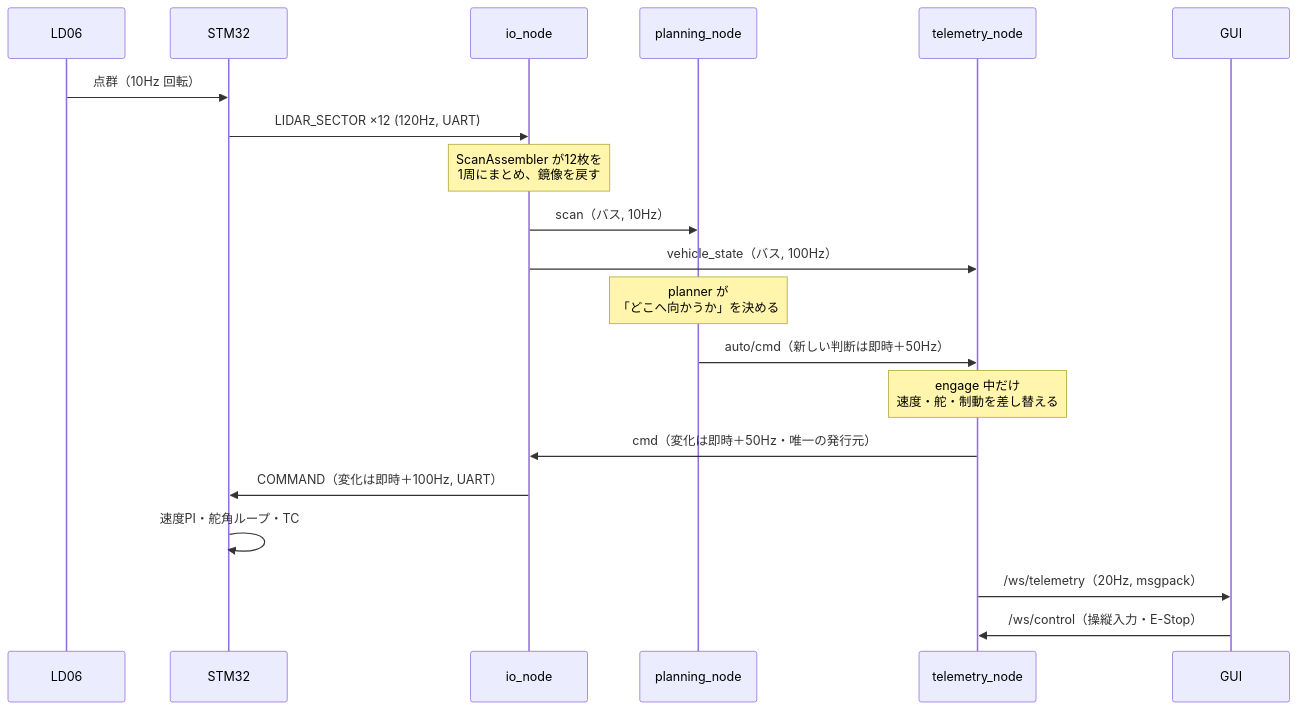
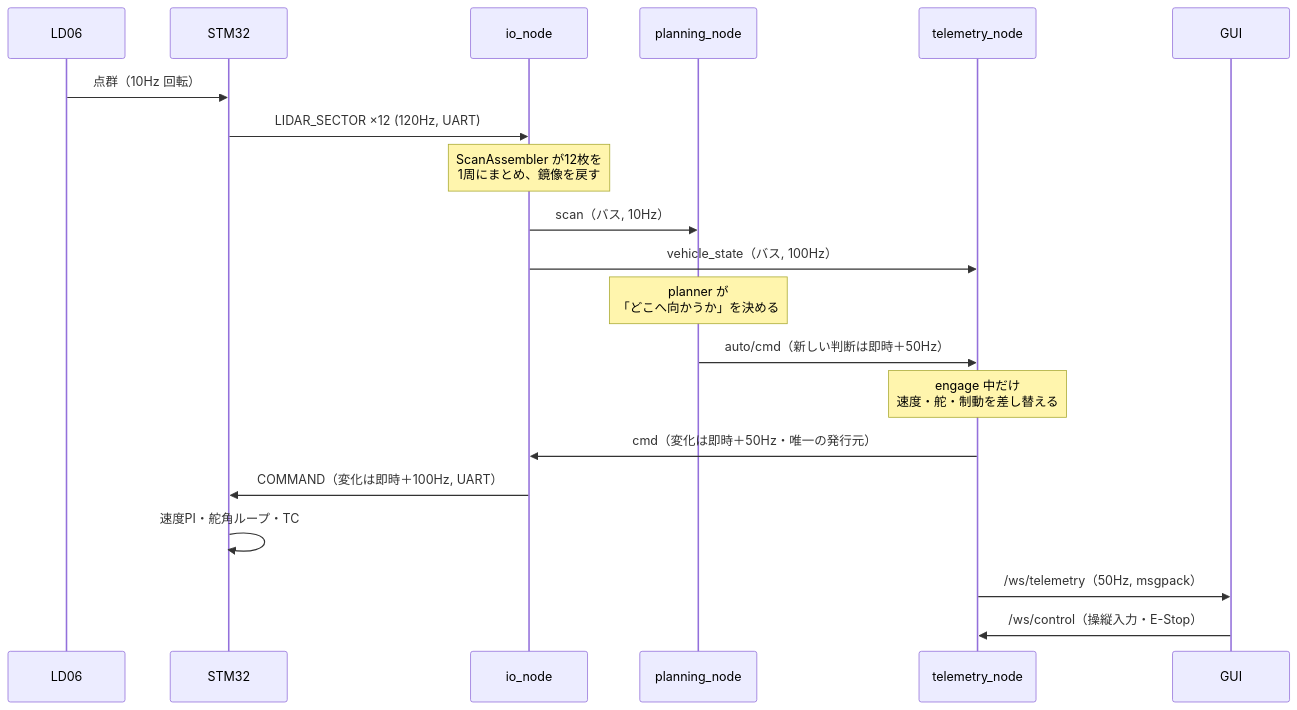
The second of 4 diagrams in surge_mk2/docs/system_overview.md (banbatakumi/AutonomousCar_RasPi), drawn with Mermaid before and after one commit. The commit also changed other lines of this file and 67 other files, not shown here.

````diff
--- a/surge_mk2/docs/system_overview.md
+++ b/surge_mk2/docs/system_overview.md
@@ -144,23 +144,23 @@
 ```mermaid
 sequenceDiagram
     participant L as LD06
     participant S as STM32
     participant IO as io_node
     participant P as planning_node
     participant T as telemetry_node
     participant G as GUI
 
     L->>S: 点群（10Hz 回転）
     S->>IO: LIDAR_SECTOR ×12 (120Hz, UART)
     Note over IO: ScanAssembler が12枚を<br/>1周にまとめ、鏡像を戻す
     IO->>P: scan（バス, 10Hz）
     IO->>T: vehicle_state（バス, 100Hz）
     Note over P: planner が<br/>「どこへ向かうか」を決める
     P->>T: auto/cmd（新しい判断は即時＋50Hz）
     Note over T: engage 中だけ<br/>速度・舵・制動を差し替える
     T->>IO: cmd（変化は即時＋50Hz・唯一の発行元）
     IO->>S: COMMAND（変化は即時＋100Hz, UART）
     S->>S: 速度PI・舵角ループ・TC
-    T->>G: /ws/telemetry（20Hz, msgpack）
+    T->>G: /ws/telemetry（50Hz, msgpack）
     G->>T: /ws/control（操縦入力・E-Stop）
 ```
````
